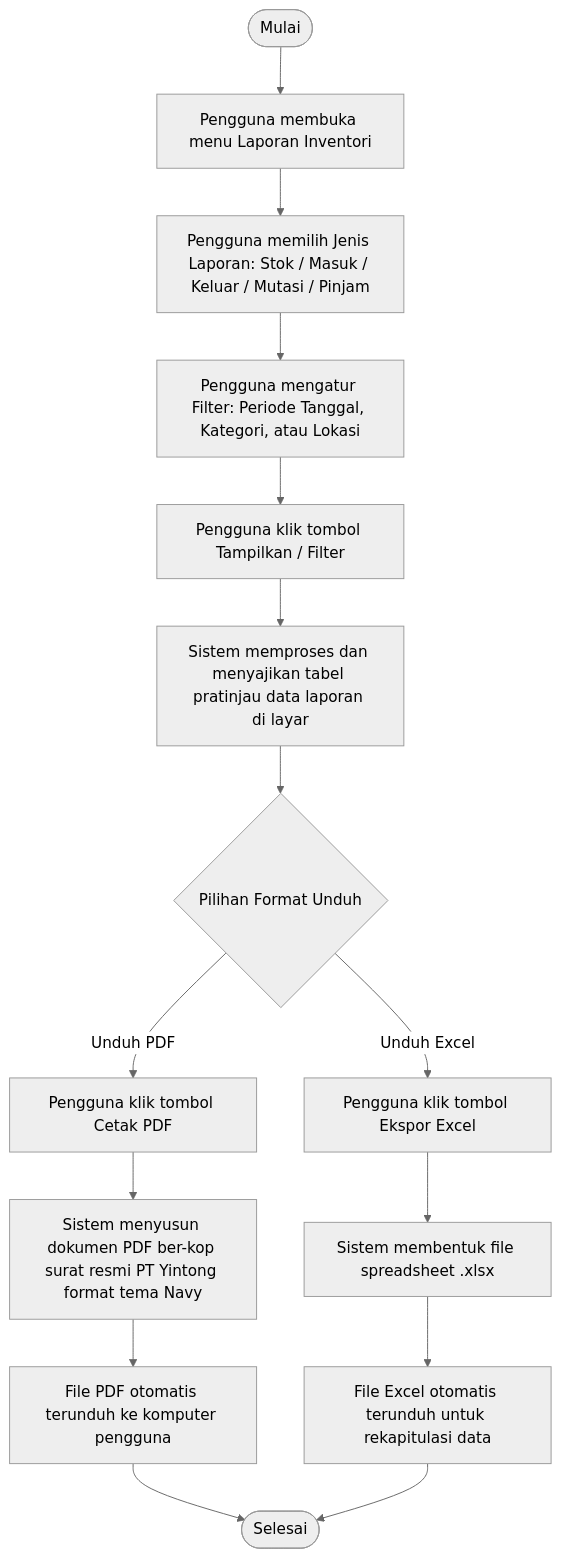
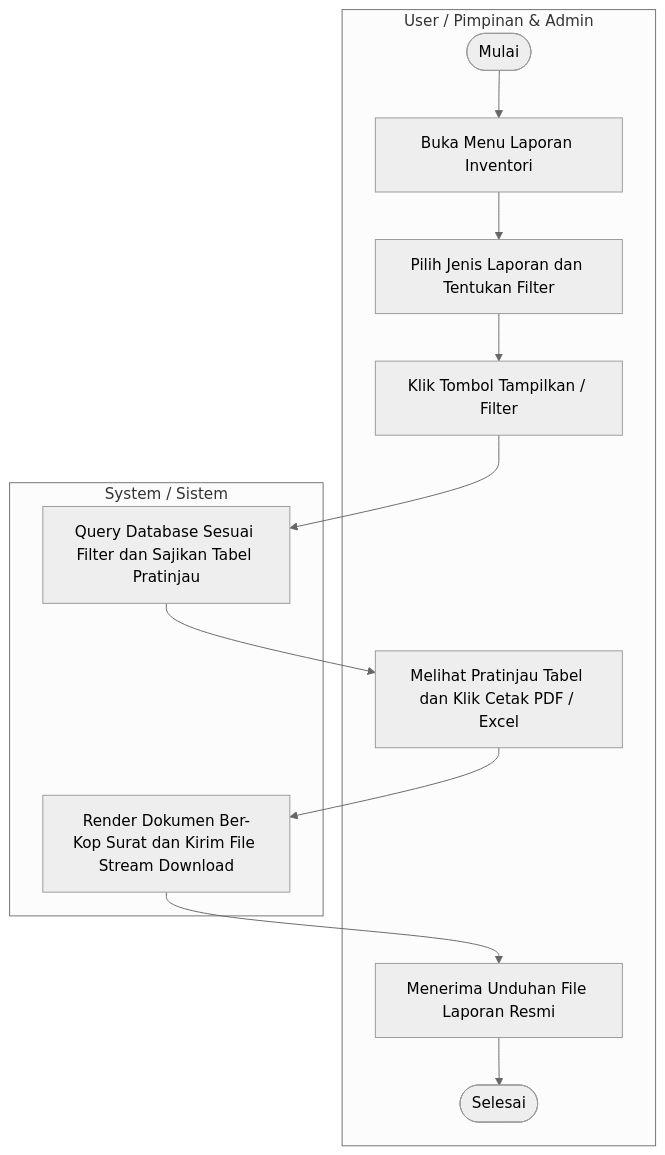
One commit to dimasdekka/inventory-manajement-yintong changed the fifth of 10 diagrams in DOKUMENTASI_UML_LENGKAP.md. Above: the diagram before and after it, drawn with Mermaid (neutral theme). The commit also changed other lines of this file, not shown here.

Commit message:
docs: add complete draw.io XML swimlanes for all 5 activity diagrams

````diff
--- a/DOKUMENTASI_UML_LENGKAP.md
+++ b/DOKUMENTASI_UML_LENGKAP.md
@@ -375,20 +448,17 @@
 ```mermaid
 flowchart TD
-    Start([Mulai]) --> E1[Pengguna membuka menu Laporan Inventori]
-    E1 --> E2[Pengguna memilih Jenis Laporan: Stok / Masuk / Keluar / Mutasi / Pinjam]
-    E2 --> E3[Pengguna mengatur Filter: Periode Tanggal, Kategori, atau Lokasi]
-    E3 --> E4[Pengguna klik tombol Tampilkan / Filter]
-    E4 --> E5[Sistem memproses dan menyajikan tabel pratinjau data laporan di layar]
-    E5 --> E6{Pilihan Format Unduh}
-    
-    E6 -- Unduh PDF --> E7[Pengguna klik tombol Cetak PDF]
-    E7 --> E8[Sistem menyusun dokumen PDF ber-kop surat resmi PT Yintong format tema Navy]
-    E8 --> E9[File PDF otomatis terunduh ke komputer pengguna]
+    subgraph User [User / Pimpinan & Admin]
+        Start5([Mulai]) --> U5_1[Buka Menu Laporan Inventori]
+        U5_1 --> U5_2[Pilih Jenis Laporan dan Tentukan Filter]
+        U5_2 --> U5_3[Klik Tombol Tampilkan / Filter]
+        U5_4[Melihat Pratinjau Tabel dan Klik Cetak PDF / Excel]
+        U5_5[Menerima Unduhan File Laporan Resmi] --> End5([Selesai])
+    end
 
-    E6 -- Unduh Excel --> E10[Pengguna klik tombol Ekspor Excel]
-    E10 --> E11[Sistem membentuk file spreadsheet .xlsx]
-    E11 --> E12[File Excel otomatis terunduh untuk rekapitulasi data]
-
-    E9 --> End([Selesai])
-    E12 --> End
+    subgraph System [System / Sistem]
+        U5_3 --> S5_1[Query Database Sesuai Filter dan Sajikan Tabel Pratinjau]
+        S5_1 --> U5_4
+        U5_4 --> S5_2[Render Dokumen Ber-Kop Surat dan Kirim File Stream Download]
+        S5_2 --> U5_5
+    end
 ```
````
